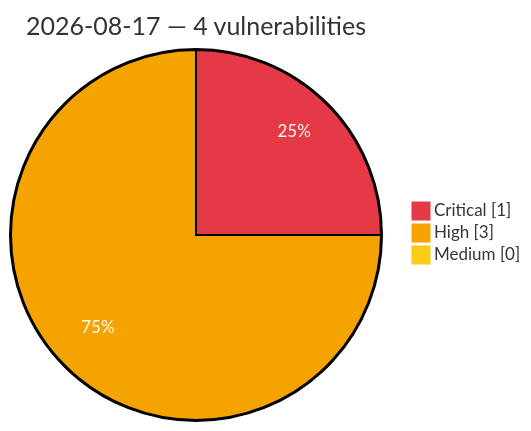
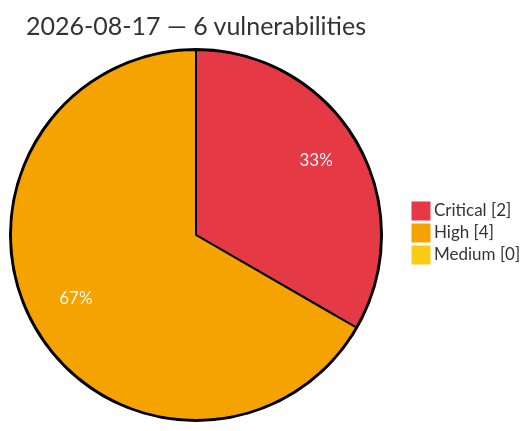
The diagram in vulnerabilities/2026/August/2026-08-17.md (GhostX0X/vuln-tracker), drawn with Mermaid before and after one commit. The commit also changed other lines of this file and 5 other files, not shown here.

Commit message:
Auto update: critical/high vulns (2026-08-17 07:59 UTC)

````diff
--- a/vulnerabilities/2026/August/2026-08-17.md
+++ b/vulnerabilities/2026/August/2026-08-17.md
@@ -3,8 +3,8 @@
 ```mermaid
 %%{init: {'theme':'base', 'themeVariables': {'pie1':'#e63946', 'pie2':'#f4a300', 'pie3':'#facc15', 'pieOpacity':'1', 'pieOuterStrokeWidth':'2px', 'pieSectionTextColor':'#ffffff'}}}%%
 pie showData
-    title 2026-08-17 — 4 vulnerabilities
-    "Critical" : 1
-    "High" : 3
+    title 2026-08-17 — 6 vulnerabilities
+    "Critical" : 2
+    "High" : 4
     "Medium" : 0
 ```
````
